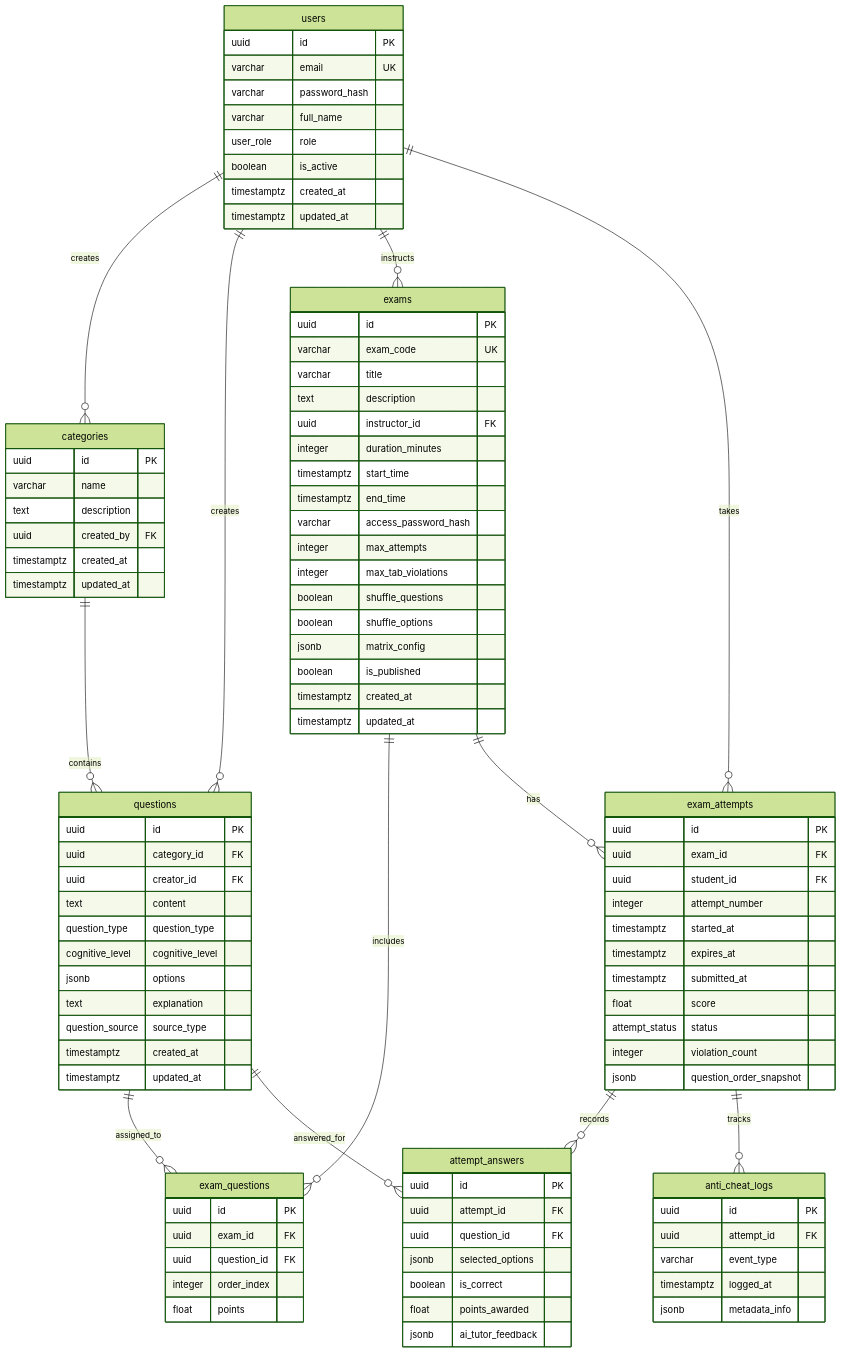
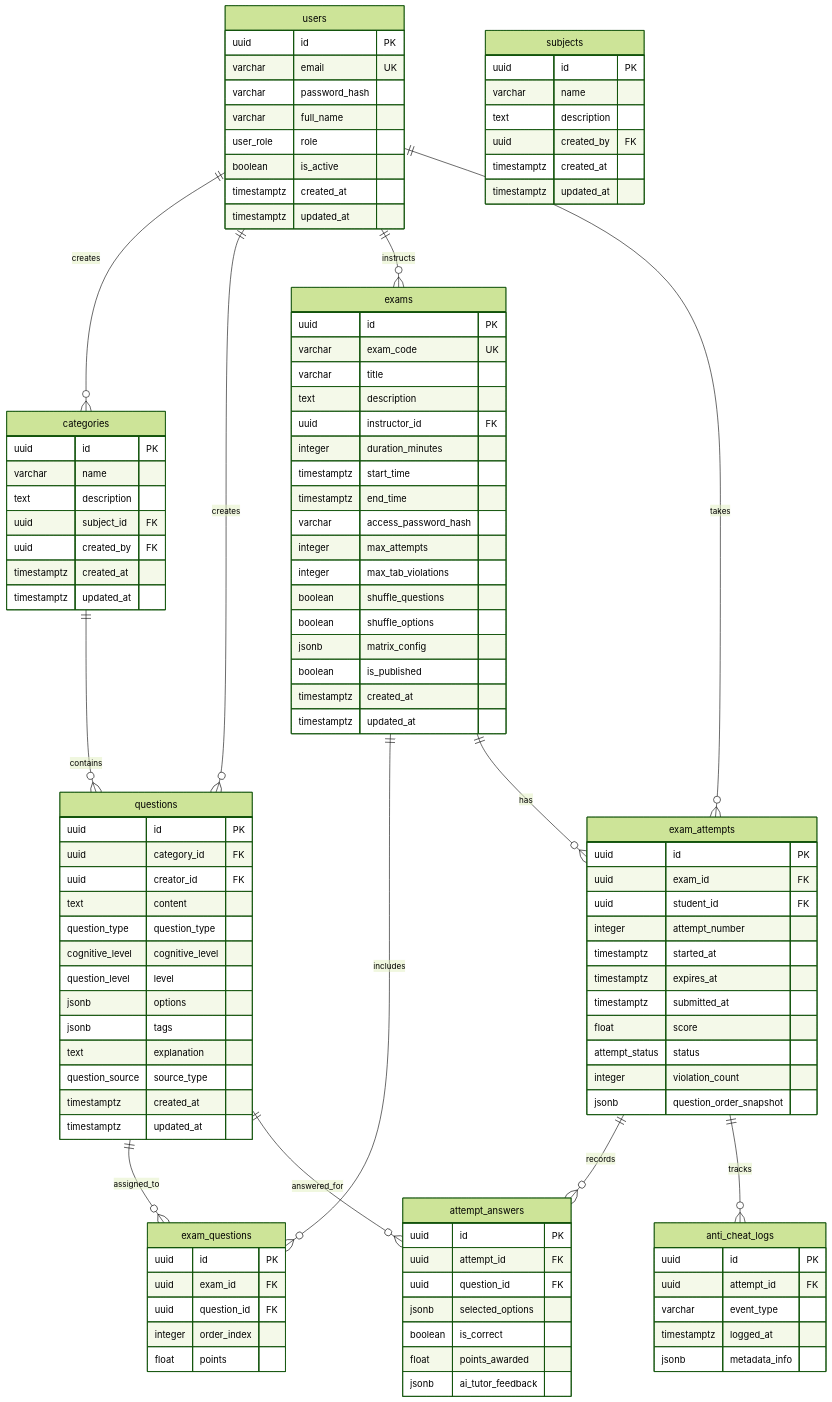
Before and after one commit to nhatanh19/smart-quiz: the diagram in docs/DATABASE_GUIDE.md, drawn with Mermaid (forest theme). The commit also changed other lines of this file and 16 other files, not shown here.

```diff
--- a/docs/DATABASE_GUIDE.md
+++ b/docs/DATABASE_GUIDE.md
@@ -54,10 +54,20 @@
         timestamptz updated_at
     }
 
+    subjects {
+        uuid id PK
+        varchar name
+        text description
+        uuid created_by FK
+        timestamptz created_at
+        timestamptz updated_at
+    }
+
     categories {
         uuid id PK
         varchar name
         text description
+        uuid subject_id FK
         uuid created_by FK
         timestamptz created_at
         timestamptz updated_at
@@ -70,7 +80,9 @@
         text content
         question_type question_type
         cognitive_level cognitive_level
+        question_level level
         jsonb options
+        jsonb tags
         text explanation
         question_source source_type
         timestamptz created_at
```
